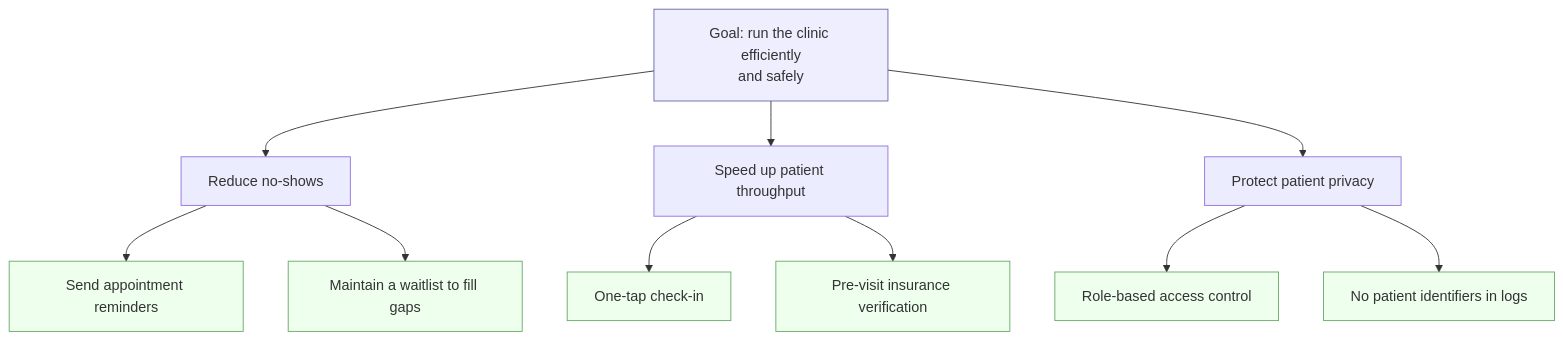
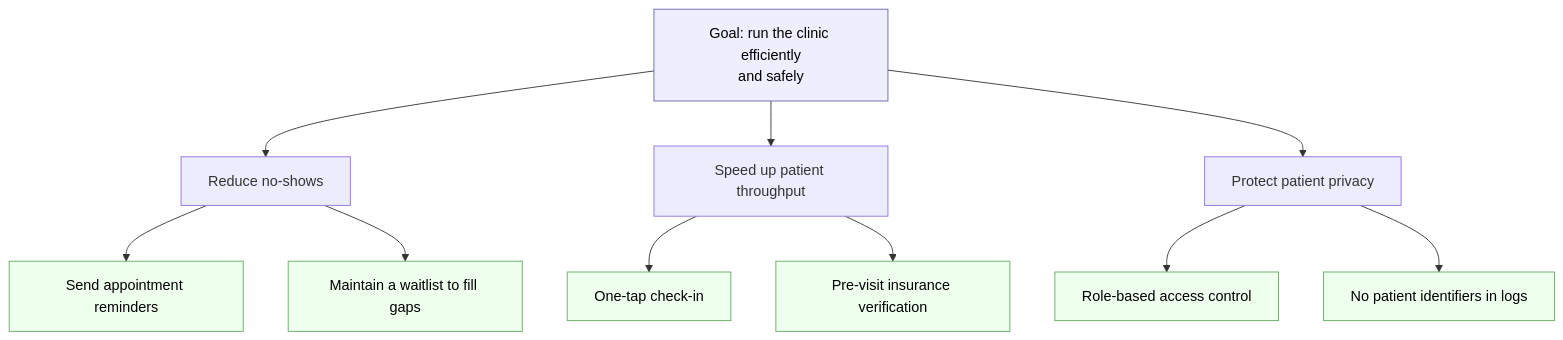
One commit to vrthra/open-swe-book changed the fourth of 6 diagrams in chapters/03-user-requirements/README.md. Above: the diagram before and after it, drawn with Mermaid. The commit also changed other lines of this file and 9 other files, not shown here.

Commit message:
Fix for typos and diagrams in dark mode

````diff
--- a/chapters/03-user-requirements/README.md
+++ b/chapters/03-user-requirements/README.md
@@ -648,16 +648,16 @@
 ```mermaid
 flowchart TD
     G[Goal: run the clinic efficiently<br/>and safely] --> G1[Reduce no-shows]
     G --> G2[Speed up patient throughput]
     G --> G3[Protect patient privacy]
     G1 --> S1[Send appointment reminders]
     G1 --> S2[Maintain a waitlist to fill gaps]
     G2 --> S3[One-tap check-in]
     G2 --> S4[Pre-visit insurance verification]
     G3 --> S5[Role-based access control]
     G3 --> S6[No patient identifiers in logs]
-    classDef top fill:#eef,stroke:#66a;
-    classDef leaf fill:#efe,stroke:#6a6;
+    classDef top fill:#eef,stroke:#66a,color:#000;
+    classDef leaf fill:#efe,stroke:#6a6,color:#000;
     class G top;
     class S1,S2,S3,S4,S5,S6 leaf;
 ```
````
